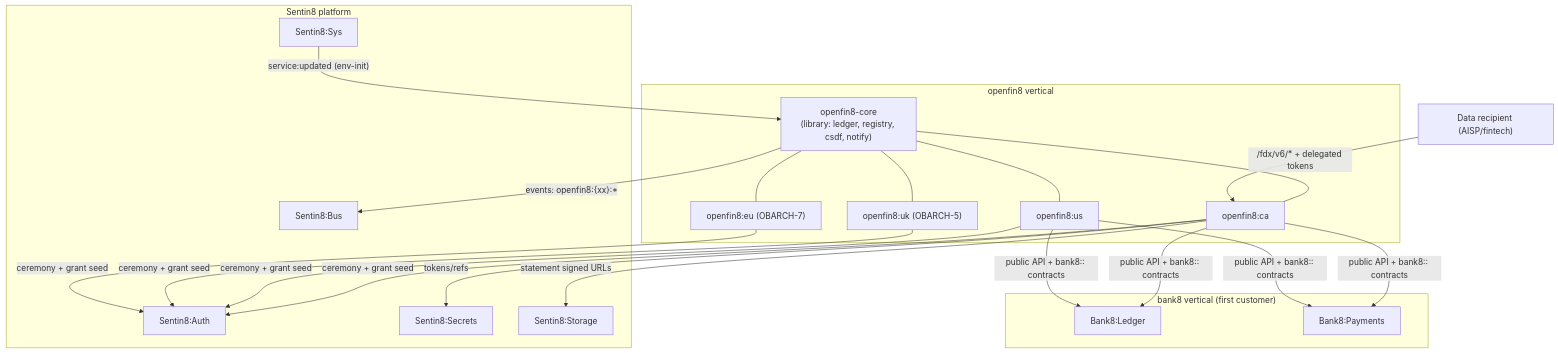
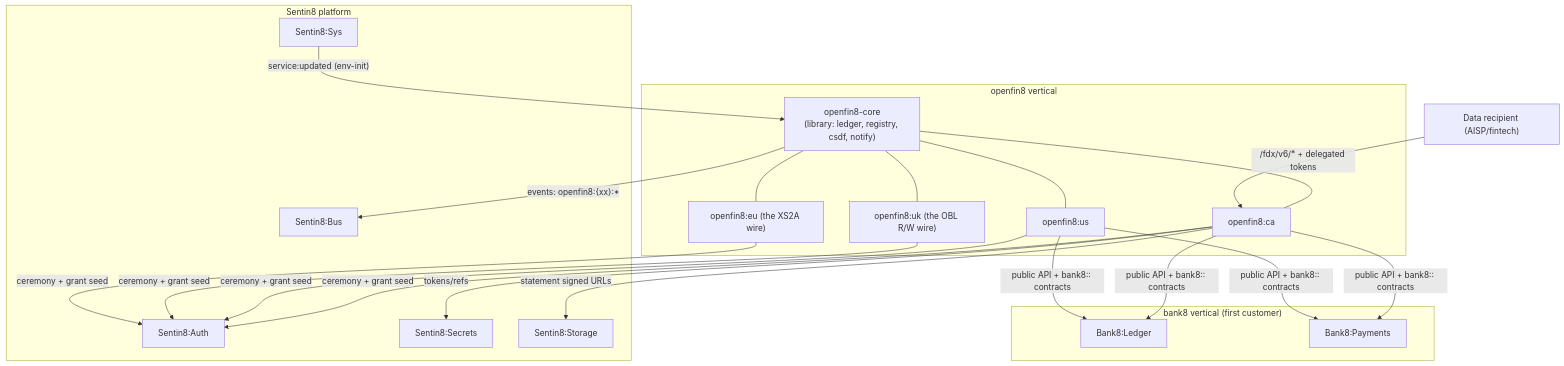
Before and after one commit to OpenFin8/openfin8: the diagram in DESIGN.md, drawn with Mermaid. The commit also changed other lines of this file and 2 other files, not shown here.

````diff
--- a/DESIGN.md
+++ b/DESIGN.md
@@ -31,30 +31,30 @@
 ```mermaid
 graph TD
     subgraph openfin8["openfin8 vertical"]
         CORE["openfin8-core<br/>(library: ledger, registry, csdf, notify)"]
         CA["openfin8:ca"]
         US["openfin8:us"]
-        UK["openfin8:uk (OBARCH-5)"]
-        EU["openfin8:eu (OBARCH-7)"]
+        UK["openfin8:uk (the OBL R/W wire)"]
+        EU["openfin8:eu (the XS2A wire)"]
     end
     subgraph bank8["bank8 vertical (first customer)"]
         LEDGER["Bank8:Ledger"]
         PAY["Bank8:Payments"]
     end
     subgraph platform["Sentin8 platform"]
         AUTH["Sentin8:Auth"]
         BUS["Sentin8:Bus"]
         SECRETS["Sentin8:Secrets"]
         SYS["Sentin8:Sys"]
         STOR["Sentin8:Storage"]
     end
     RECIP["Data recipient (AISP/fintech)"]
     CORE --- CA & US & UK & EU
     CA & US -->|"public API + bank8:: contracts"| LEDGER & PAY
     CA & US & UK & EU -->|"ceremony + grant seed"| AUTH
     CORE -->|"events: openfin8:{xx}:*"| BUS
     CA -->|"tokens/refs"| SECRETS
     SYS -->|"service:updated (env-init)"| CORE
     CA -->|"statement signed URLs"| STOR
     RECIP -->|"/fdx/v6/* + delegated tokens"| CA
 ```
````
